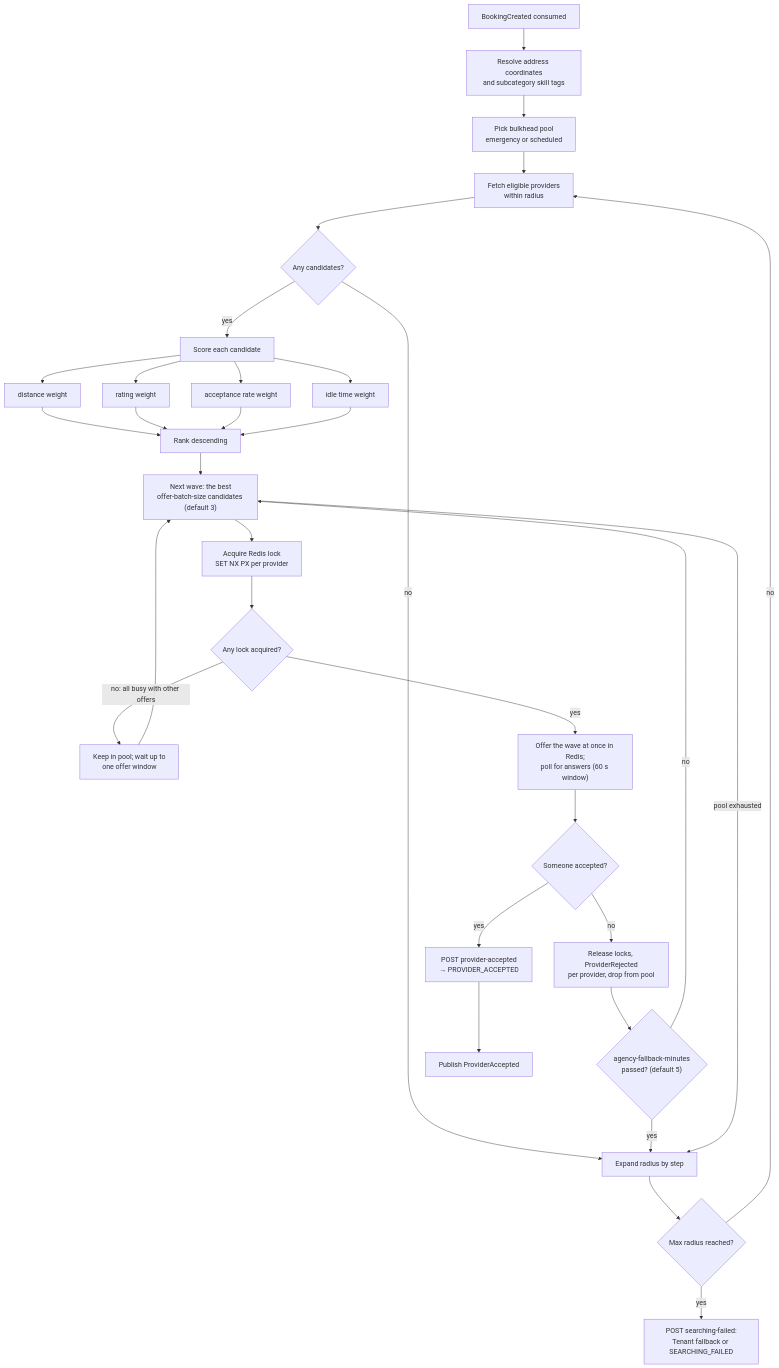
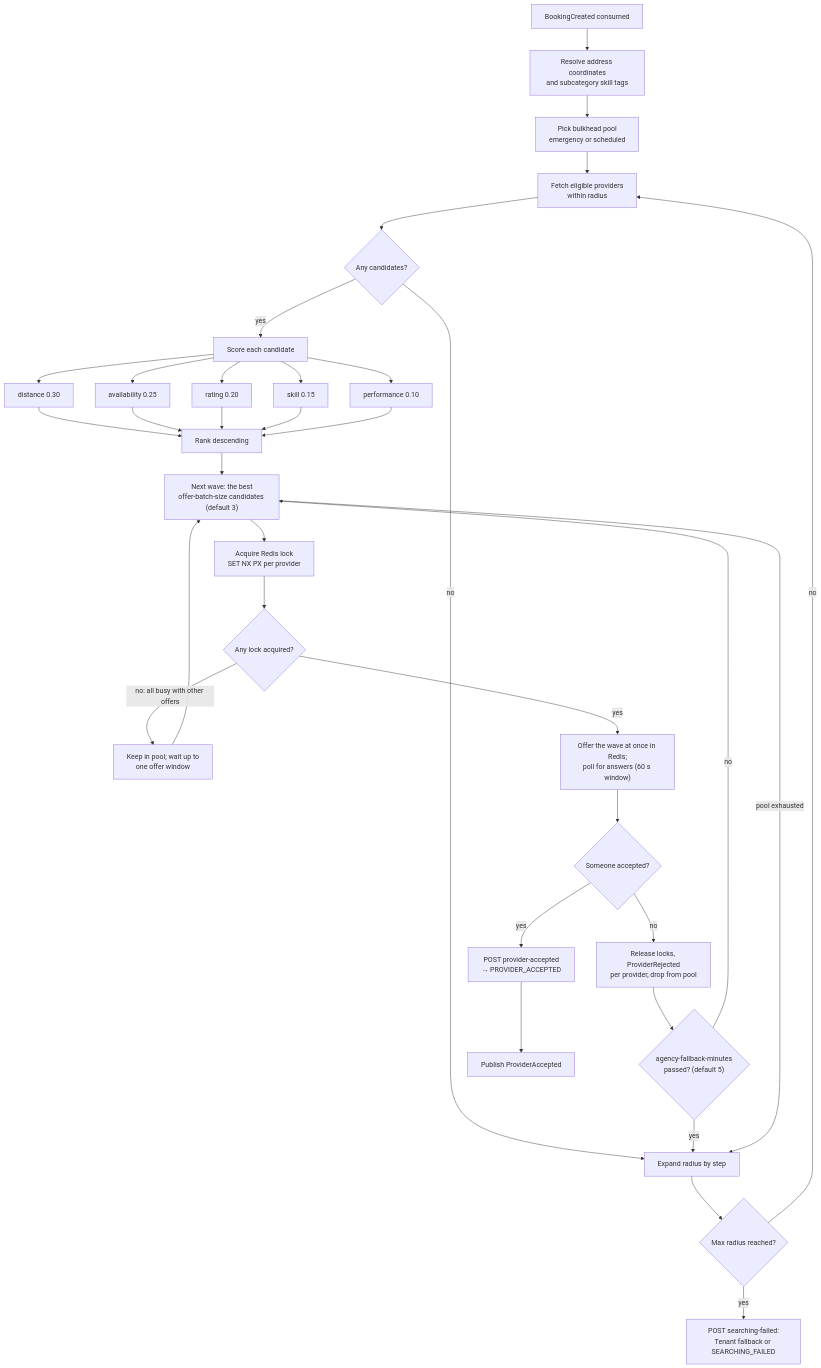
One commit to condigence/ji-hajoor changed diagram 27 of 30 in docs/ARCHITECTURE.md. Above: the diagram before and after it, drawn with Mermaid. The commit also changed other lines of this file and 361 other files, not shown here.

````diff
--- a/docs/ARCHITECTURE.md
+++ b/docs/ARCHITECTURE.md
@@ -1437,33 +1469,34 @@
 ```mermaid
 flowchart TD
     A["BookingCreated consumed"] --> A1["Resolve address coordinates<br/>and subcategory skill tags"]
     A1 --> B["Pick bulkhead pool<br/>emergency or scheduled"]
     B --> C["Fetch eligible providers<br/>within radius"]
     C --> D{"Any candidates?"}
     D -->|no| E["Expand radius by step"]
     E --> F{"Max radius reached?"}
     F -->|no| C
     F -->|yes| G["POST searching-failed:<br/>Tenant fallback or SEARCHING_FAILED"]
     D -->|yes| H["Score each candidate"]
 
-    H --> H1["distance weight"]
-    H --> H2["rating weight"]
-    H --> H3["acceptance rate weight"]
-    H --> H4["idle time weight"]
-    H1 & H2 & H3 & H4 --> I["Rank descending"]
+    H --> H1["distance 0.30"]
+    H --> H2["availability 0.25"]
+    H --> H3["rating 0.20"]
+    H --> H4["skill 0.15"]
+    H --> H5["performance 0.10"]
+    H1 & H2 & H3 & H4 & H5 --> I["Rank descending"]
 
     I --> J["Next wave: the best<br/>offer-batch-size candidates (default 3)"]
     J --> K["Acquire Redis lock<br/>SET NX PX per provider"]
     K --> L{"Any lock acquired?"}
     L -->|"no: all busy with other offers"| BUSY["Keep in pool; wait up to<br/>one offer window"]
     BUSY --> J
     L -->|yes| M["Offer the wave at once in Redis;<br/>poll for answers (60 s window)"]
     M --> N{"Someone accepted?"}
     N -->|no| O["Release locks, ProviderRejected<br/>per provider, drop from pool"]
     O --> T{"agency-fallback-minutes<br/>passed? (default 5)"}
     T -->|no| J
     T -->|yes| E
     J -->|"pool exhausted"| E
     N -->|yes| P["POST provider-accepted<br/>→ PROVIDER_ACCEPTED"]
     P --> Q["Publish ProviderAccepted"]
 ```
````
